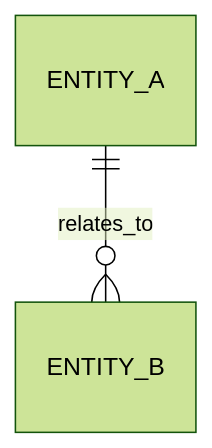
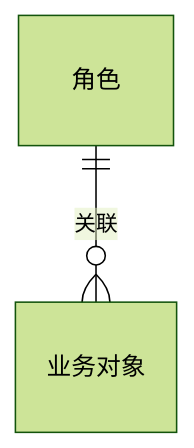
The first of 3 diagrams in references/prd-template.md (ZengMC-22381/ToB_PM_Skill), drawn with Mermaid (forest theme) before and after one commit. The commit also changed other lines of this file and 8 other files, not shown here.

````diff
--- a/references/prd-template.md
+++ b/references/prd-template.md
@@ -54,4 +54,4 @@
 ```mermaid
 erDiagram
-    ENTITY_A ||--o{ ENTITY_B : relates_to
+    角色 ||--o{ 业务对象 : 关联
 ```
````
